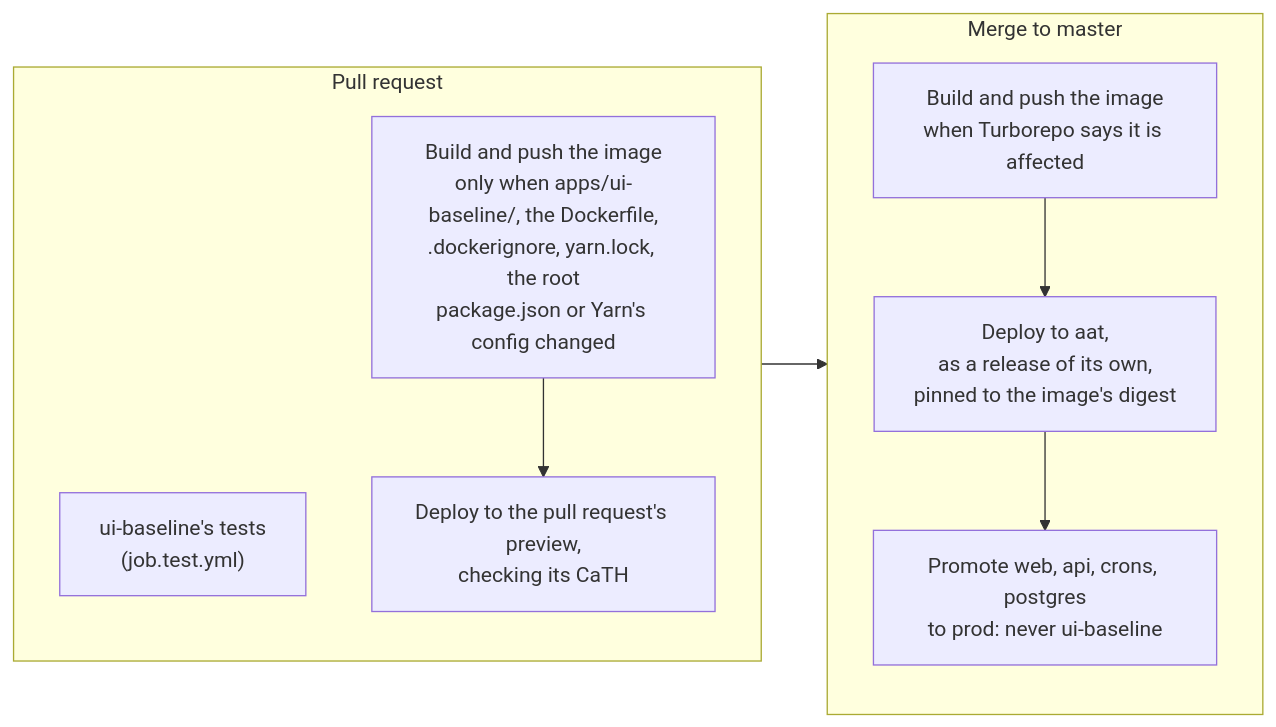
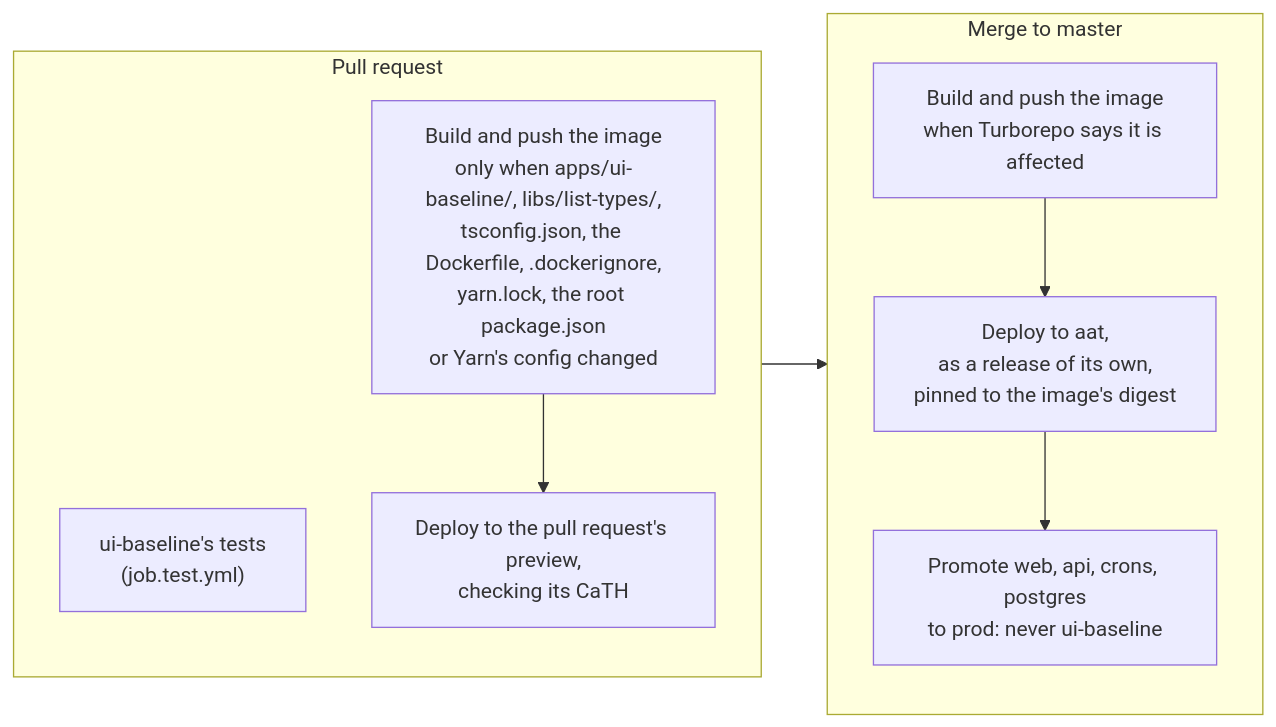
Before and after one commit to hmcts/cath-service: the eighth of 8 diagrams in apps/ui-baseline/ARCHITECTURE.md, drawn with Mermaid. The commit also changed 5 other files, not shown here.

First line of the commit message:
ci(691): keep ui-baseline from failing CaTH's deploy, and its build in step with what it seeds

````diff
--- a/apps/ui-baseline/ARCHITECTURE.md
+++ b/apps/ui-baseline/ARCHITECTURE.md
@@ -255,16 +255,16 @@
 ```mermaid
 flowchart LR
   subgraph pr["Pull request"]
     tests["ui-baseline's tests<br/>(job.test.yml)"]
-    prbuild["Build and push the image<br/>only when apps/ui-baseline/, the Dockerfile,<br/>.dockerignore, yarn.lock, the root<br/>package.json or Yarn's config changed"]
+    prbuild["Build and push the image<br/>only when apps/ui-baseline/, libs/list-types/,<br/>tsconfig.json, the Dockerfile, .dockerignore,<br/>yarn.lock, the root package.json<br/>or Yarn's config changed"]
     preview["Deploy to the pull request's preview,<br/>checking its CaTH"]
   end
   subgraph master["Merge to master"]
     build["Build and push the image<br/>when Turborepo says it is affected"]
     deploy["Deploy to aat,<br/>as a release of its own,<br/>pinned to the image's digest"]
     promote["Promote web, api, crons, postgres<br/>to prod: never ui-baseline"]
   end
   prbuild --> preview
   pr --> master
   build --> deploy --> promote
 ```
````
